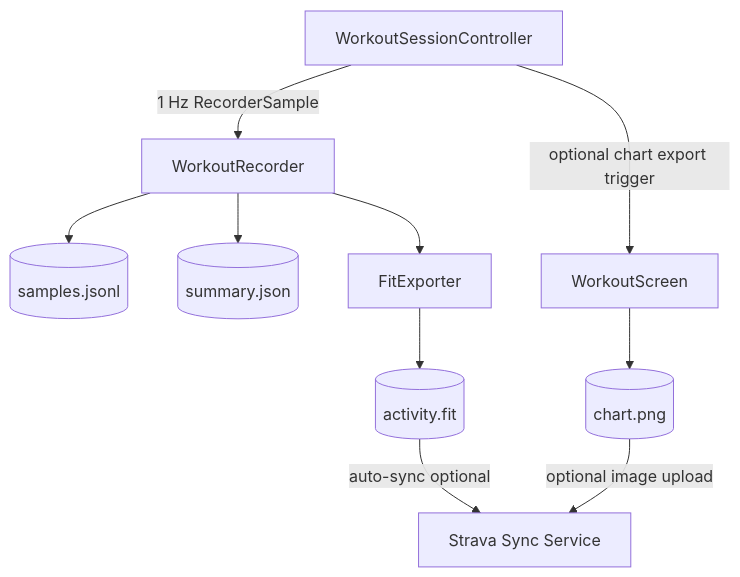
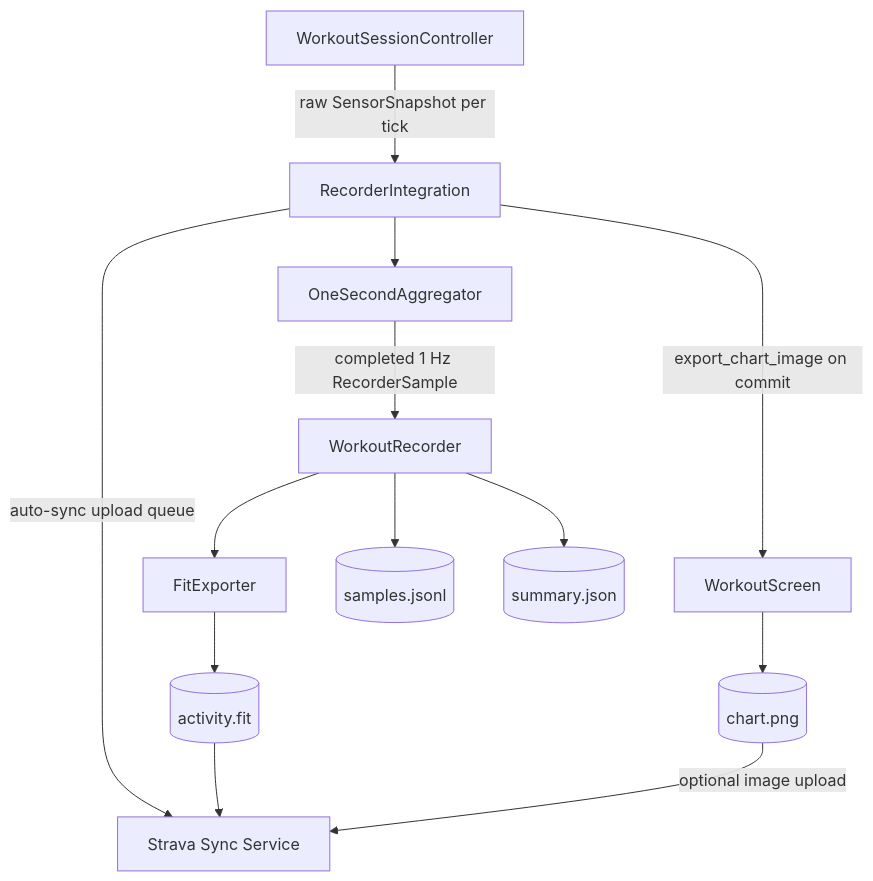
Before and after one commit to tbranyon/OpenCycleTrainer: the third of 4 diagrams in Docs/ArchitectureDiagram.md, drawn with Mermaid. The commit also changed other lines of this file and 57 other files, not shown here.

Commit message:
0.2.0 - intervals.icu upload, summary PDC in workout summary, BLE autopairing improvements, FTMS spindown calibration, custom reuseable workout blocks, mouseover details on workout charts, workout editing, improved pause handling, configurable jog persistence, toggles replacing checkboxes

````diff
--- a/Docs/ArchitectureDiagram.md
+++ b/Docs/ArchitectureDiagram.md
@@ -87,23 +99,28 @@
 ```mermaid
 flowchart TD
     controller[WorkoutSessionController]
+    rec_integration[RecorderIntegration]
+    aggregator[OneSecondAggregator]
     recorder[WorkoutRecorder]
     fit_exporter[FitExporter]
     workout_screen[WorkoutScreen]
     strava[Strava Sync Service]
 
     samples[(samples.jsonl)]
     summary[(summary.json)]
     fit[(activity.fit)]
     png[(chart.png)]
 
-    controller -->|1 Hz RecorderSample| recorder
+    controller -->|raw SensorSnapshot per tick| rec_integration
+    rec_integration --> aggregator
+    aggregator -->|completed 1 Hz RecorderSample| recorder
     recorder --> samples
     recorder --> summary
     recorder --> fit_exporter
     fit_exporter --> fit
-    controller -->|optional chart export trigger| workout_screen
+    rec_integration -->|export_chart_image on commit| workout_screen
     workout_screen --> png
-    fit -->|auto-sync optional| strava
+    rec_integration -->|auto-sync upload queue| strava
+    fit --> strava
     png -->|optional image upload| strava
 ```
````
